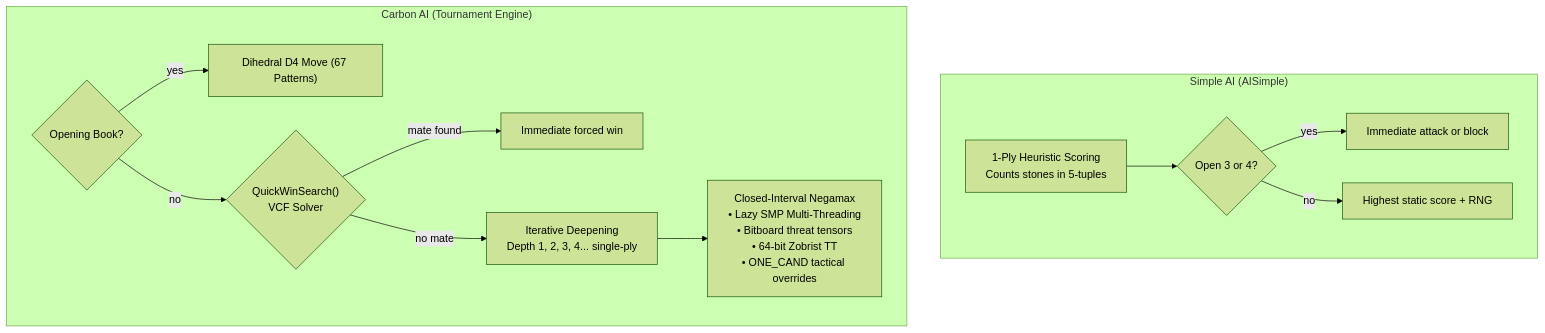
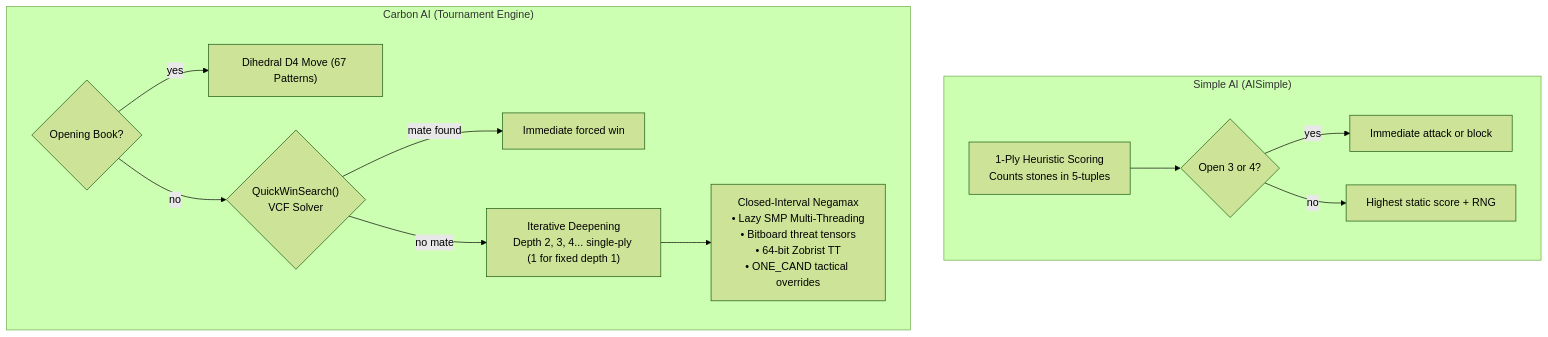
The third of 3 diagrams in docs/brain/14-gui-and-settings.md (cjp-dev/Gomoku), drawn with Mermaid (forest theme) before and after one commit. The commit also changed other lines of this file and 26 other files, not shown here.

````diff
--- a/docs/brain/14-gui-and-settings.md
+++ b/docs/brain/14-gui-and-settings.md
@@ -199,16 +201,16 @@
 ```mermaid
 flowchart TD
     subgraph SimpleAI ["Simple AI (AISimple)"]
         S_Eval["1-Ply Heuristic Scoring<br/>Counts stones in 5-tuples"] --> S_Threat{"Open 3 or 4?"}
         S_Threat -- "yes" --> S_Act["Immediate attack or block"]
         S_Threat -- "no" --> S_Greedy["Highest static score + RNG"]
     end
 
     subgraph CarbonAI ["Carbon AI (Tournament Engine)"]
         C_Book{"Opening Book?"} -- "yes" --> C_PlayBook["Dihedral D4 Move (67 Patterns)"]
         C_Book -- "no" --> C_VCF{"QuickWinSearch()<br/>VCF Solver"}
         C_VCF -- "mate found" --> C_Mate["Immediate forced win"]
-        C_VCF -- "no mate" --> C_ID["Iterative Deepening<br/>Depth 1, 2, 3, 4... single-ply"]
+        C_VCF -- "no mate" --> C_ID["Iterative Deepening<br/>Depth 2, 3, 4... single-ply (1 for fixed depth 1)"]
         C_ID --> C_AB["Closed-Interval Negamax<br/>• Lazy SMP Multi-Threading<br/>• Bitboard threat tensors<br/>• 64-bit Zobrist TT<br/>• ONE_CAND tactical overrides"]
     end
 ```
````
